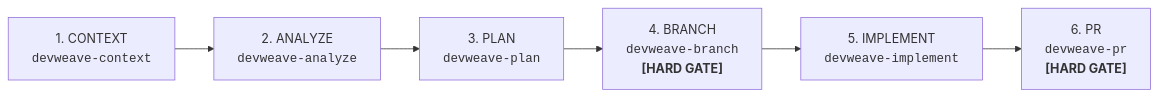
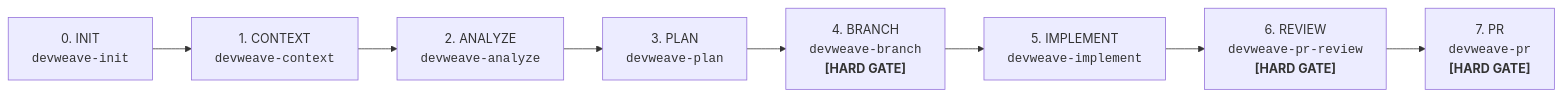
The second of 6 diagrams in docs/workflow-profiles.md (paarthivnaik/DevWeave), drawn with Mermaid before and after one commit. The commit also changed other lines of this file and 12 other files, not shown here.

````diff
--- a/docs/workflow-profiles.md
+++ b/docs/workflow-profiles.md
@@ -26,8 +26,10 @@
 ```mermaid
 flowchart LR
-    P1["1. CONTEXT<br><code>devweave-context</code>"] --> P2["2. ANALYZE<br><code>devweave-analyze</code>"]
+    P0["0. INIT<br><code>devweave-init</code>"] --> P1["1. CONTEXT<br><code>devweave-context</code>"]
+    P1 --> P2["2. ANALYZE<br><code>devweave-analyze</code>"]
     P2 --> P3["3. PLAN<br><code>devweave-plan</code>"]
     P3 --> P4["4. BRANCH<br><code>devweave-branch</code><br><b>[HARD GATE]</b>"]
     P4 --> P5["5. IMPLEMENT<br><code>devweave-implement</code>"]
-    P5 --> P6["6. PR<br><code>devweave-pr</code><br><b>[HARD GATE]</b>"]
+    P5 --> P6["6. REVIEW<br><code>devweave-pr-review</code><br><b>[HARD GATE]</b>"]
+    P6 --> P7["7. PR<br><code>devweave-pr</code><br><b>[HARD GATE]</b>"]
 ```
````
